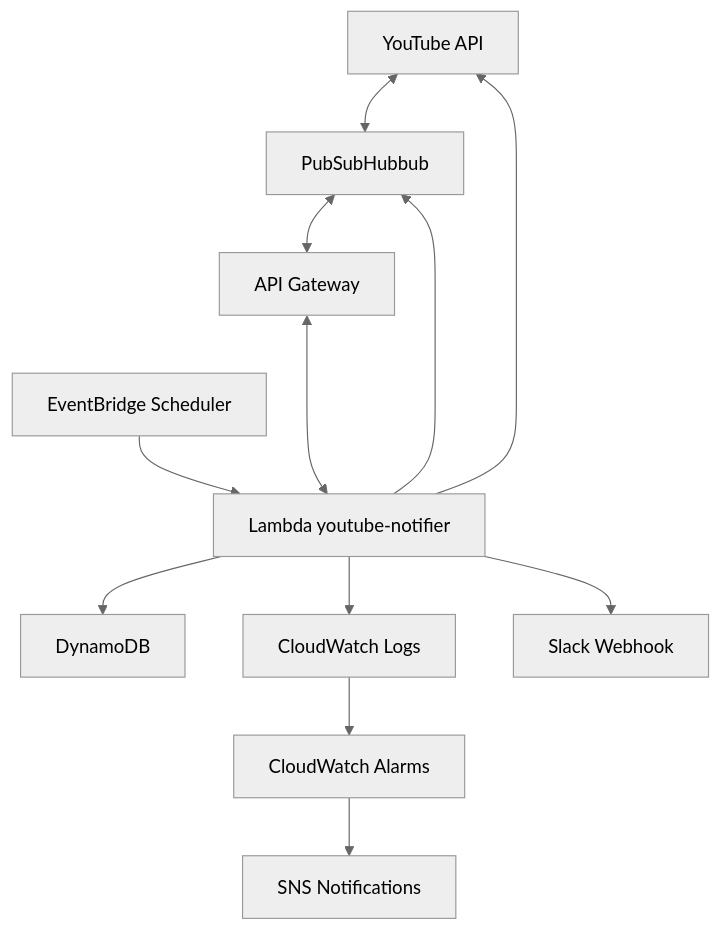
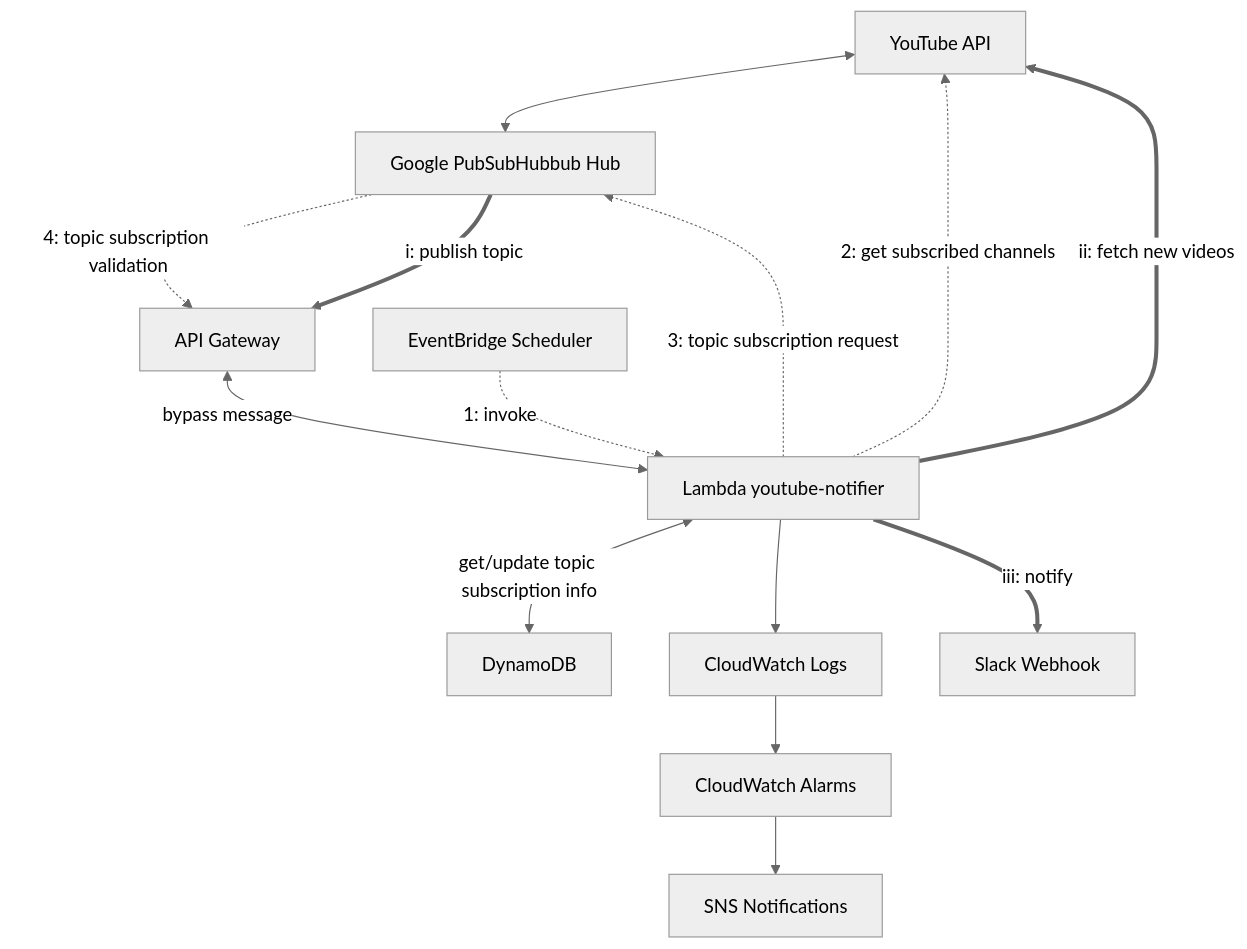
The diagram in README.md (tera-saki/youtube-notifier-terraform), drawn with Mermaid (neutral theme) before and after one commit. The commit also changed other lines of this file, not shown here.

Commit message:
docs: update system diagram

````diff
--- a/README.md
+++ b/README.md
@@ -8,14 +11,16 @@
 ```mermaid
 flowchart TD
-    youtube[YouTube API] <--> pubsub[PubSubHubbub]
-    pubsub <--> apigw[API Gateway]
-    apigw <---> lambda[Lambda youtube-notifier]
-    scheduler[EventBridge Scheduler] --> lambda
-    lambda --> youtube
-    lambda --> pubsub
-    lambda --> dynamo[DynamoDB]
+    youtube[YouTube API] <--> hub[Google PubSubHubbub Hub]
+    hub -. 4: topic subscription validation .-> apigw[API Gateway]
+    hub == i: publish topic ==> apigw[API Gateway]
+    apigw <-- bypass message --> lambda[Lambda youtube-notifier]
+    lambda -. 2: get subscribed channels .-> youtube
+    lambda == ii: fetch new videos ==> youtube
+    lambda -. 3: topic subscription request .-> hub
+    lambda <-- get/update topic subscription info --> dynamo[DynamoDB]
     lambda --> cw[CloudWatch Logs]
-    lambda --> slack[Slack Webhook]
+    lambda == iii: notify ==> slack[Slack Webhook]
+    scheduler[EventBridge Scheduler] -. 1: invoke .-> lambda
     cw --> alarm[CloudWatch Alarms]
     alarm --> sns[SNS Notifications]
 ```
````
